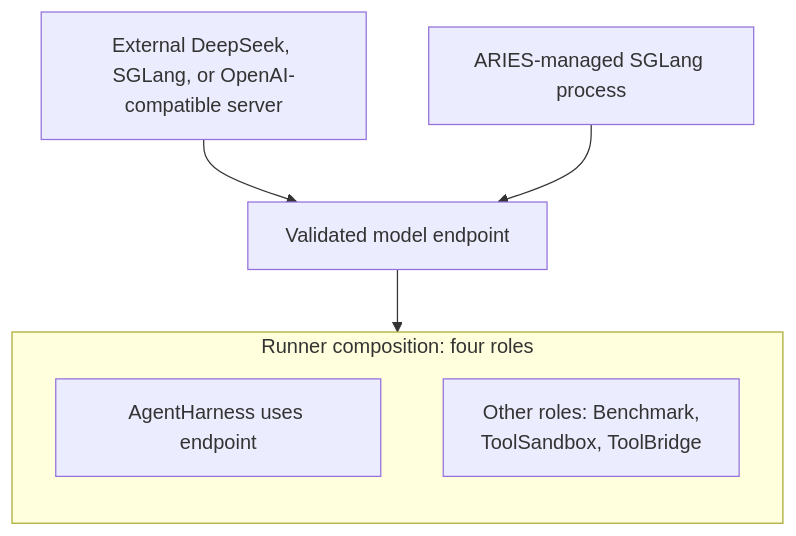
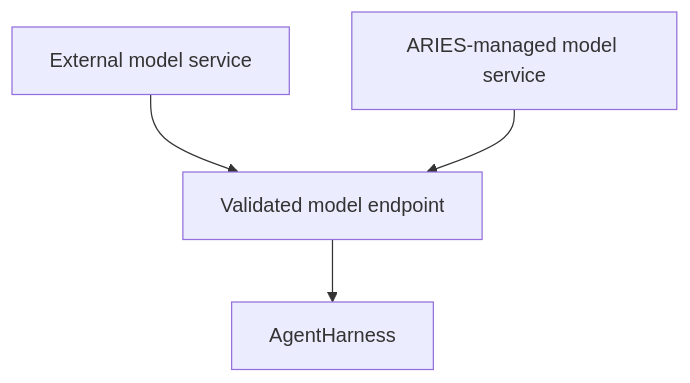
The diagram in docs/design/runtime.md (hyscale-lab/ARIES), drawn with Mermaid before and after one commit. The commit also changed other lines of this file and 41 other files, not shown here.

````diff
--- a/docs/design/runtime.md
+++ b/docs/design/runtime.md
@@ -17,16 +16,6 @@
 ```mermaid
 flowchart TB
-    X[External DeepSeek, SGLang, or OpenAI-compatible server]
-    M[ARIES-managed SGLang process]
-    E[Validated model endpoint]
-
-    subgraph R[Runner composition: four roles]
-        direction TB
-        H[AgentHarness uses endpoint]
-        O[Other roles: Benchmark,<br/>ToolSandbox, ToolBridge]
-    end
-
-    X --> E
-    M --> E
-    E --> H
+    X[External model service] --> E[Validated model endpoint]
+    M[ARIES-managed model service] --> E
+    E --> H[AgentHarness]
 ```
````
